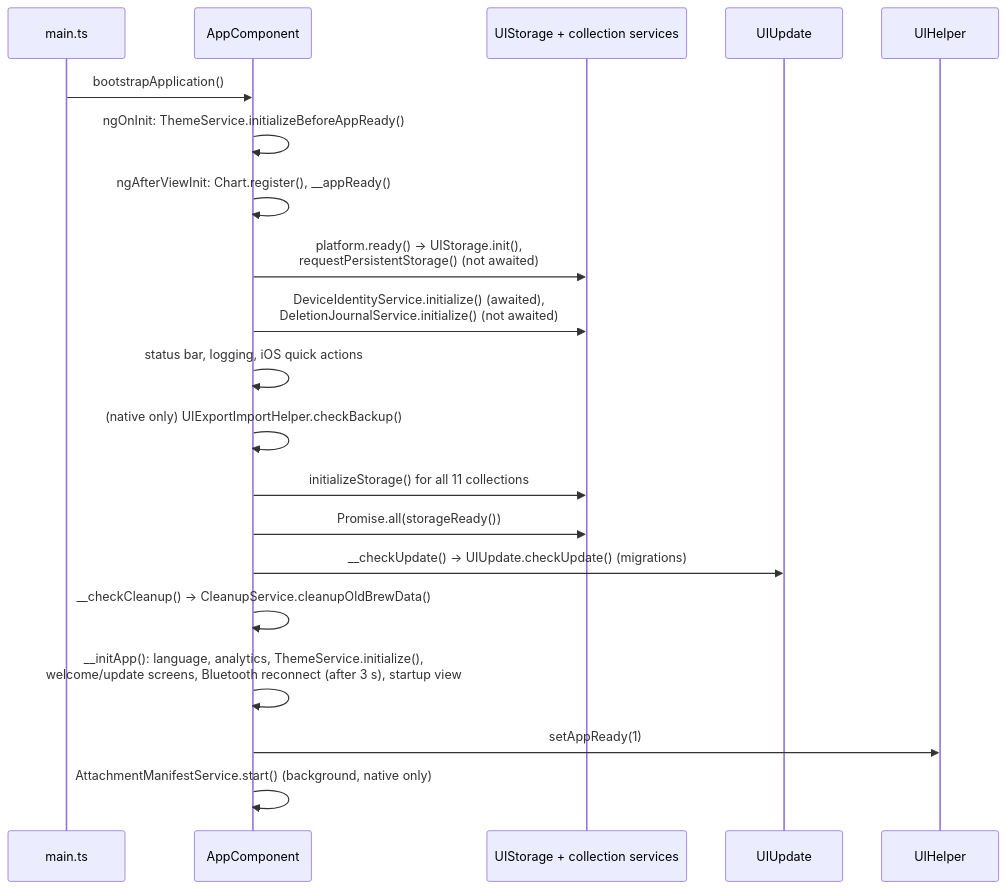
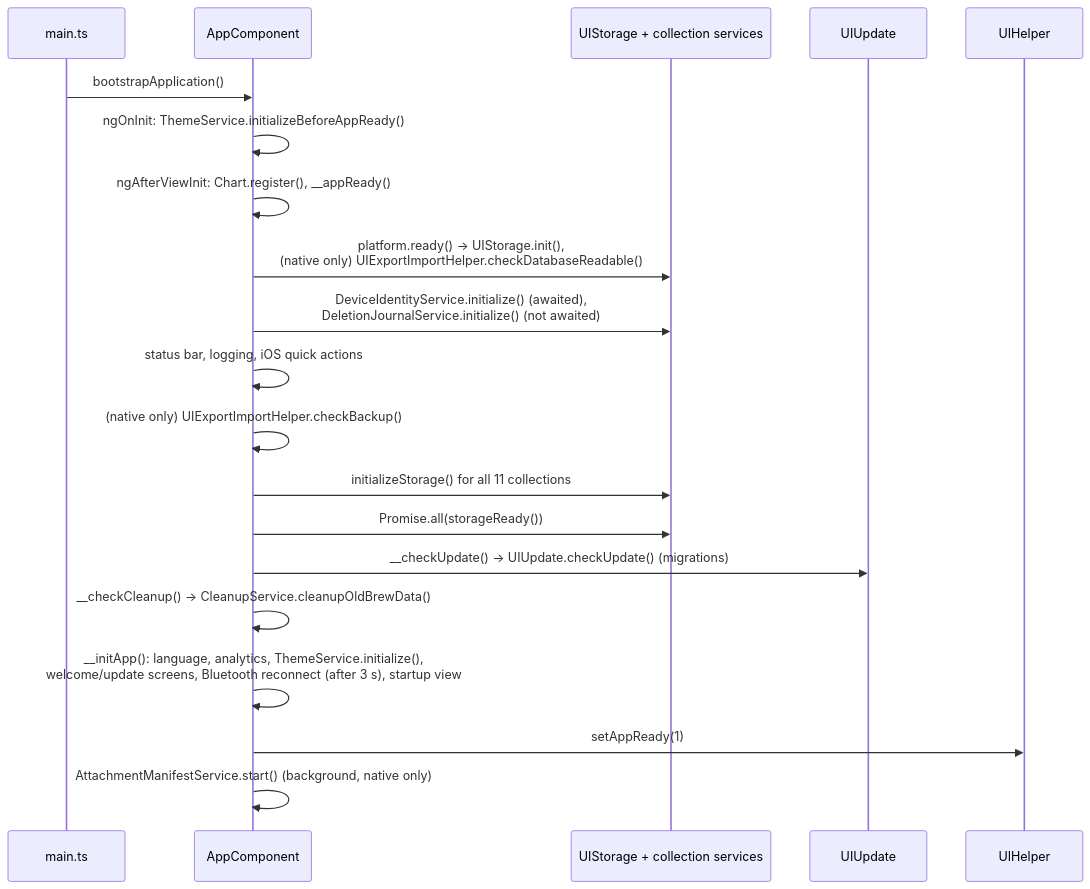
The first of 3 diagrams in docs/ARCHITECTURE.md (graphefruit/Beanconqueror), drawn with Mermaid before and after one commit. The commit also changed other lines of this file and 3 other files, not shown here.

Commit message:
Check whether the database can be read right after it is opened and before an import without a backup

````diff
--- a/docs/ARCHITECTURE.md
+++ b/docs/ARCHITECTURE.md
@@ -40,23 +40,23 @@
 ```mermaid
 sequenceDiagram
     participant Main as main.ts
     participant App as AppComponent
     participant Storage as UIStorage + collection services
     participant Update as UIUpdate
     participant Helper as UIHelper
 
     Main->>App: bootstrapApplication()
     App->>App: ngOnInit: ThemeService.initializeBeforeAppReady()
     App->>App: ngAfterViewInit: Chart.register(), __appReady()
-    App->>Storage: platform.ready() → UIStorage.init(),<br/>requestPersistentStorage() (not awaited)
+    App->>Storage: platform.ready() → UIStorage.init(),<br/>(native only) UIExportImportHelper.checkDatabaseReadable()
     App->>Storage: DeviceIdentityService.initialize() (awaited),<br/>DeletionJournalService.initialize() (not awaited)
     App->>App: status bar, logging, iOS quick actions
     App->>App: (native only) UIExportImportHelper.checkBackup()
     App->>Storage: initializeStorage() for all 11 collections
     App->>Storage: Promise.all(storageReady())
     App->>Update: __checkUpdate() → UIUpdate.checkUpdate() (migrations)
     App->>App: __checkCleanup() → CleanupService.cleanupOldBrewData()
     App->>App: __initApp(): language, analytics, ThemeService.initialize(),<br/>welcome/update screens, Bluetooth reconnect (after 3 s), startup view
     App->>Helper: setAppReady(1)
     App->>App: AttachmentManifestService.start() (background, native only)
 ```
````
